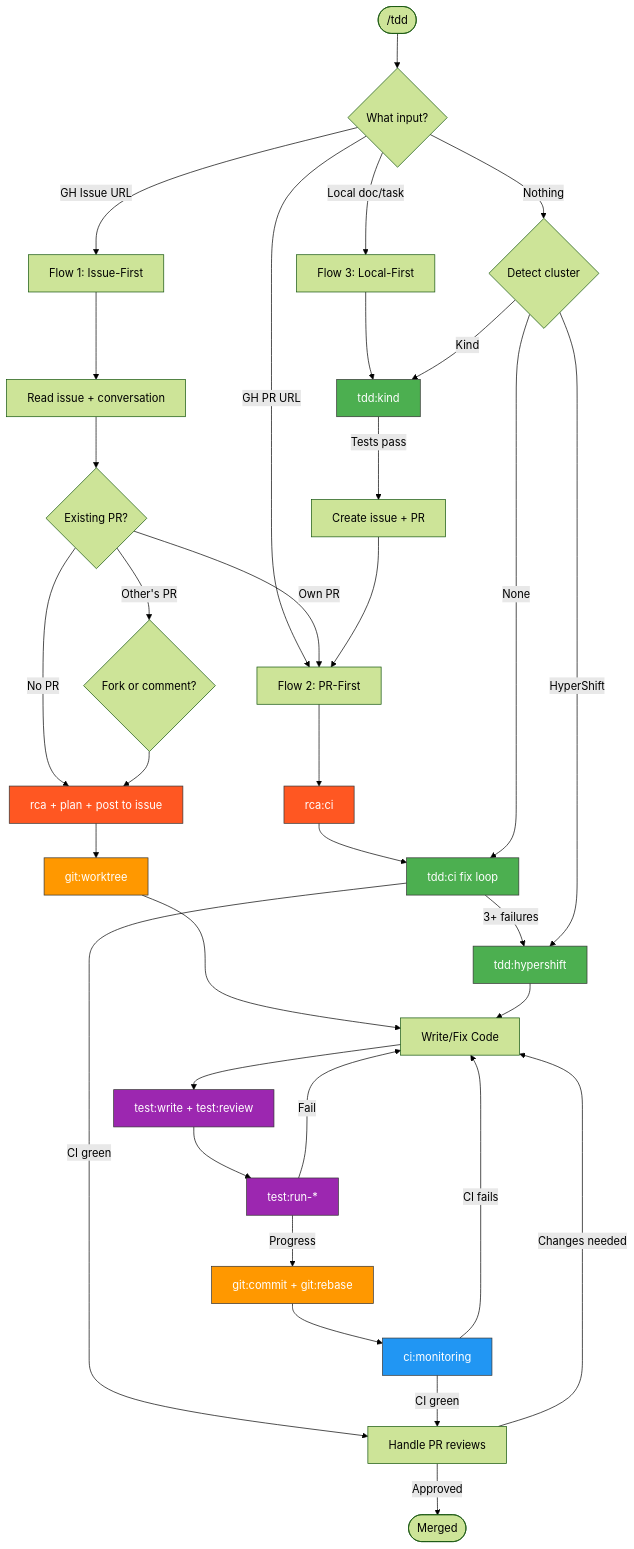
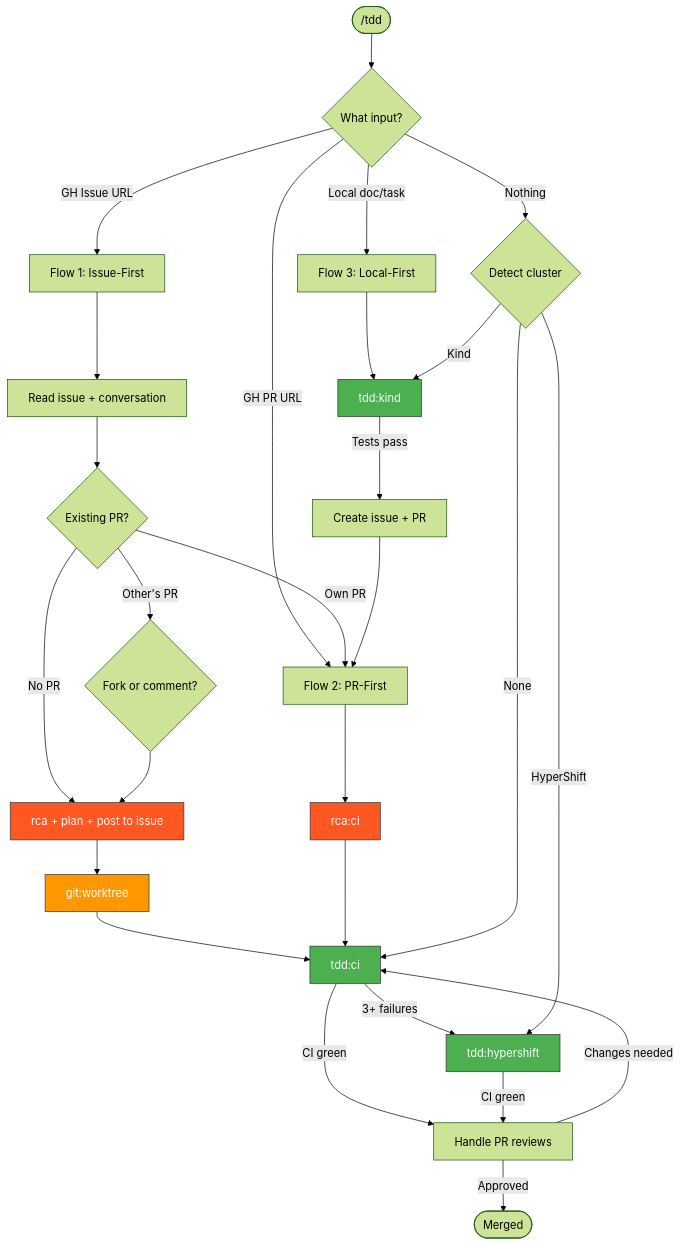
The first of 9 diagrams in .claude/skills/README.md (pdettori/kagenti), drawn with Mermaid (forest theme) before and after one commit.

Commit message:
🌱 Simplify TDD workflow diagram to show routing only
Remove duplicated test/commit/CI code loop from TDD diagram.
The inner loop is already handled by tdd:ci, tdd:kind, and
tdd:hypershift sub-skills. Diagram now shows entry point routing,
escalation, and review flow only.

````diff
--- a/.claude/skills/README.md
+++ b/.claude/skills/README.md
@@ -54,47 +54,38 @@
 ```mermaid
 flowchart TD
     START(["/tdd"]) --> INPUT{"What input?"}
     INPUT -->|GH Issue URL| ISSUE[Flow 1: Issue-First]
     INPUT -->|GH PR URL| PR[Flow 2: PR-First]
     INPUT -->|Local doc/task| LOCAL[Flow 3: Local-First]
     INPUT -->|Nothing| DETECT{Detect cluster}
 
     ISSUE --> ANALYZE[Read issue + conversation]
     ANALYZE --> CHECKPR{"Existing PR?"}
     CHECKPR -->|Own PR| PR
     CHECKPR -->|Other's PR| FORK{Fork or comment?}
     CHECKPR -->|No PR| RESEARCH["rca + plan + post to issue"]:::rca
     FORK --> RESEARCH
     RESEARCH --> WORKTREE["git:worktree"]:::git
+    WORKTREE --> TDDCI
 
     PR --> RCACI["rca:ci"]:::rca
-    RCACI --> TDDCI["tdd:ci fix loop"]:::tdd
+    RCACI --> TDDCI["tdd:ci"]:::tdd
     TDDCI -->|"3+ failures"| HS["tdd:hypershift"]:::tdd
     TDDCI -->|CI green| REVIEWS[Handle PR reviews]
 
     LOCAL --> KIND["tdd:kind"]:::tdd
     KIND -->|Tests pass| MOVETOPR[Create issue + PR]
     MOVETOPR --> PR
 
     DETECT -->|HyperShift| HS
     DETECT -->|Kind| KIND
     DETECT -->|None| TDDCI
 
-    WORKTREE --> CODE[Write/Fix Code]
-    HS --> CODE
-    CODE --> TESTLOOP["test:write + test:review"]:::test
-    TESTLOOP --> RUN["test:run-*"]:::test
-    RUN -->|Fail| CODE
-    RUN -->|Progress| COMMIT["git:commit + git:rebase"]:::git
-    COMMIT --> MONITOR["ci:monitoring"]:::ci
-    MONITOR -->|CI fails| CODE
-    MONITOR -->|CI green| REVIEWS
-    REVIEWS -->|Changes needed| CODE
+    HS -->|CI green| REVIEWS
+    REVIEWS -->|Changes needed| TDDCI
     REVIEWS -->|Approved| DONE([Merged])
 
     classDef tdd fill:#4CAF50,stroke:#333,color:white
     classDef rca fill:#FF5722,stroke:#333,color:white
-    classDef test fill:#9C27B0,stroke:#333,color:white
     classDef git fill:#FF9800,stroke:#333,color:white
-    classDef ci fill:#2196F3,stroke:#333,color:white
 ```
````
